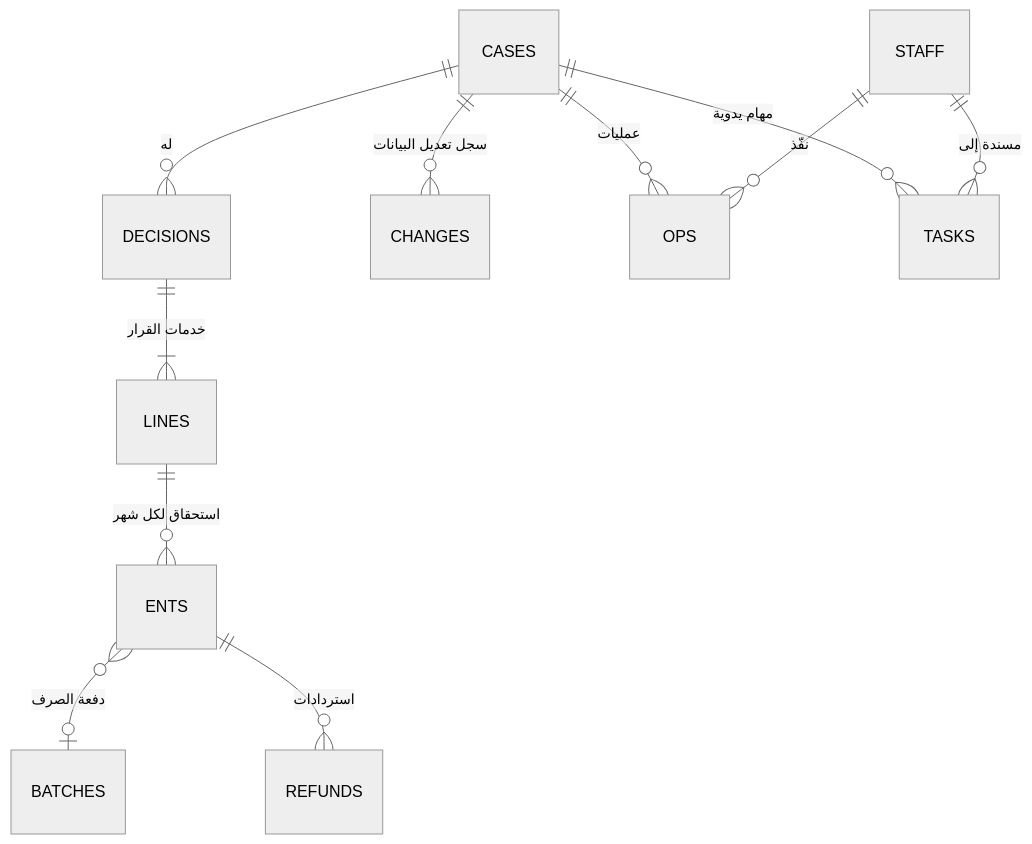
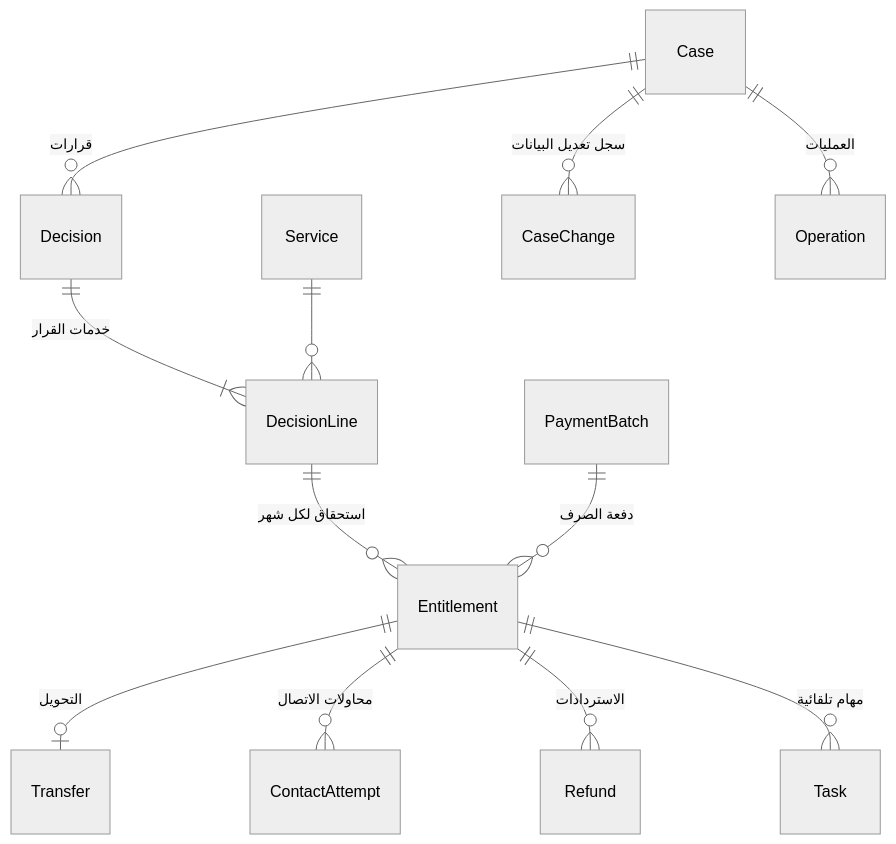
The diagram in docs/02-data-model.md (maarouf211099/mersal-social-system), drawn with Mermaid (neutral theme) before and after one commit. The commit also changed other lines of this file and 108 other files, not shown here.

````diff
--- a/docs/02-data-model.md
+++ b/docs/02-data-model.md
@@ -3,13 +5,14 @@
 ```mermaid
 erDiagram
-  CASES ||--o{ DECISIONS : "له"
-  DECISIONS ||--|{ LINES : "خدمات القرار"
-  LINES ||--o{ ENTS : "استحقاق لكل شهر"
-  ENTS }o--o| BATCHES : "دفعة الصرف"
-  ENTS ||--o{ REFUNDS : "استردادات"
-  CASES ||--o{ CHANGES : "سجل تعديل البيانات"
-  CASES ||--o{ OPS : "عمليات"
-  CASES ||--o{ TASKS : "مهام يدوية"
-  STAFF ||--o{ OPS : "نفّذ"
-  STAFF ||--o{ TASKS : "مسندة إلى"
+  Case ||--o{ Decision : "قرارات"
+  Decision ||--|{ DecisionLine : "خدمات القرار"
+  Service ||--o{ DecisionLine : ""
+  DecisionLine ||--o{ Entitlement : "استحقاق لكل شهر"
+  PaymentBatch ||--o{ Entitlement : "دفعة الصرف"
+  Entitlement ||--o| Transfer : "التحويل"
+  Entitlement ||--o{ ContactAttempt : "محاولات الاتصال"
+  Entitlement ||--o{ Refund : "الاستردادات"
+  Entitlement ||--o{ Task : "مهام تلقائية"
+  Case ||--o{ CaseChange : "سجل تعديل البيانات"
+  Case ||--o{ Operation : "العمليات"
 ```
````
